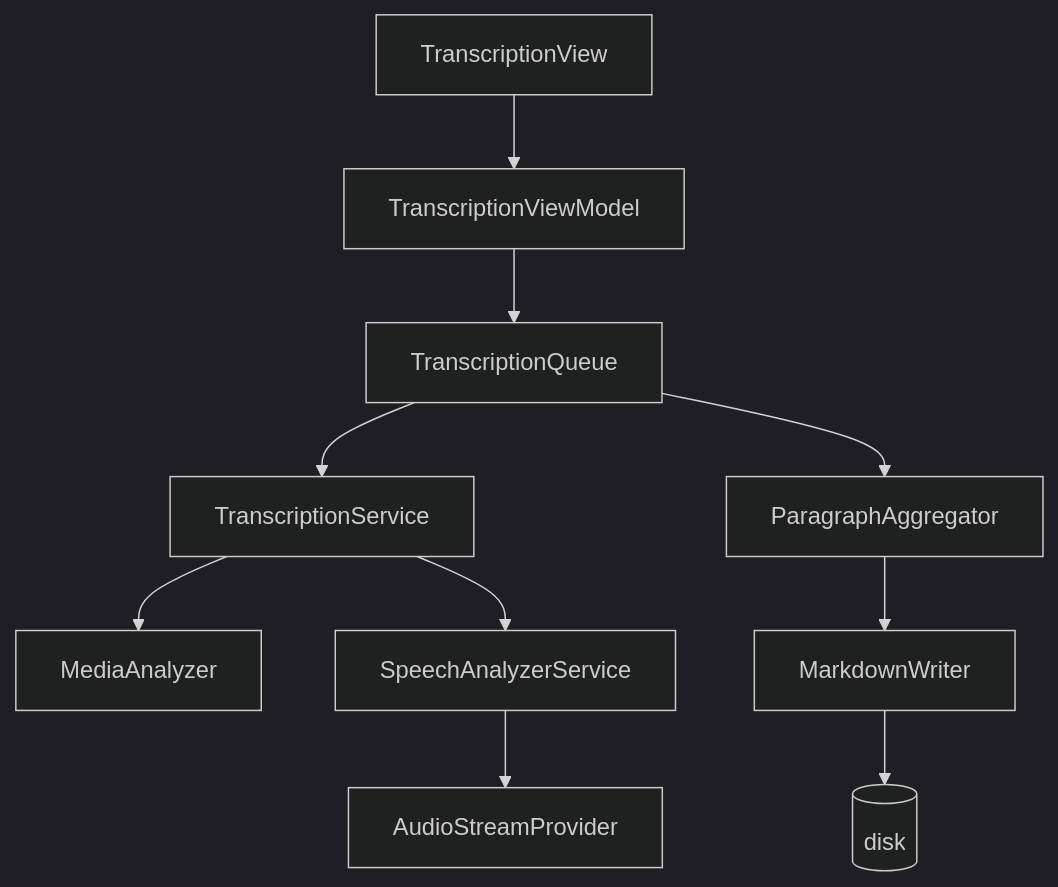
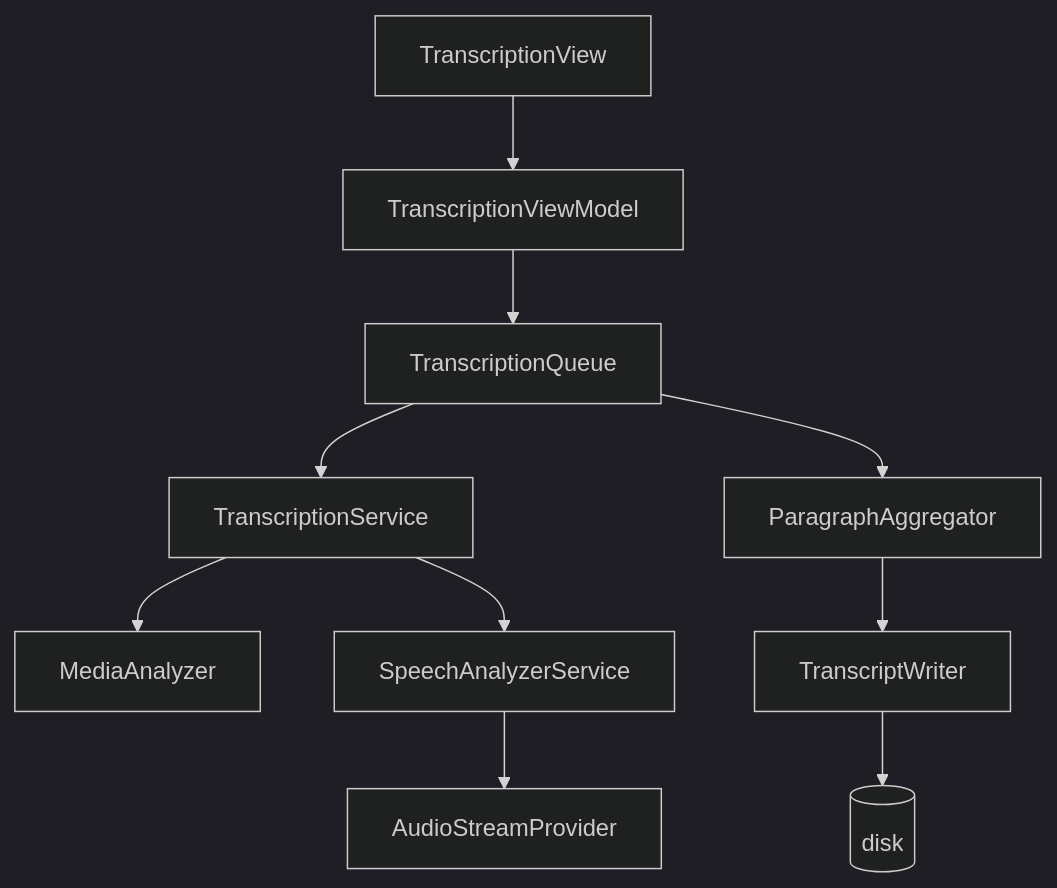
One commit to marcos-gamazo/video-transcriptor changed the diagram in README.md. Above: the diagram before and after it, drawn with Mermaid (dark theme). The commit also changed other lines of this file and 13 other files, not shown here.

````diff
--- a/README.md
+++ b/README.md
@@ -73,12 +73,12 @@
 ```mermaid
 flowchart TD
     TranscriptionView --> TranscriptionViewModel
     TranscriptionViewModel --> TranscriptionQueue
     TranscriptionQueue --> TranscriptionService
     TranscriptionService --> MediaAnalyzer
     TranscriptionService --> SpeechAnalyzerService
     SpeechAnalyzerService --> AudioStreamProvider
     TranscriptionQueue --> ParagraphAggregator
-    ParagraphAggregator --> MarkdownWriter
-    MarkdownWriter --> disk[(disk)]
+    ParagraphAggregator --> TranscriptWriter
+    TranscriptWriter --> disk[(disk)]
 ```
````
